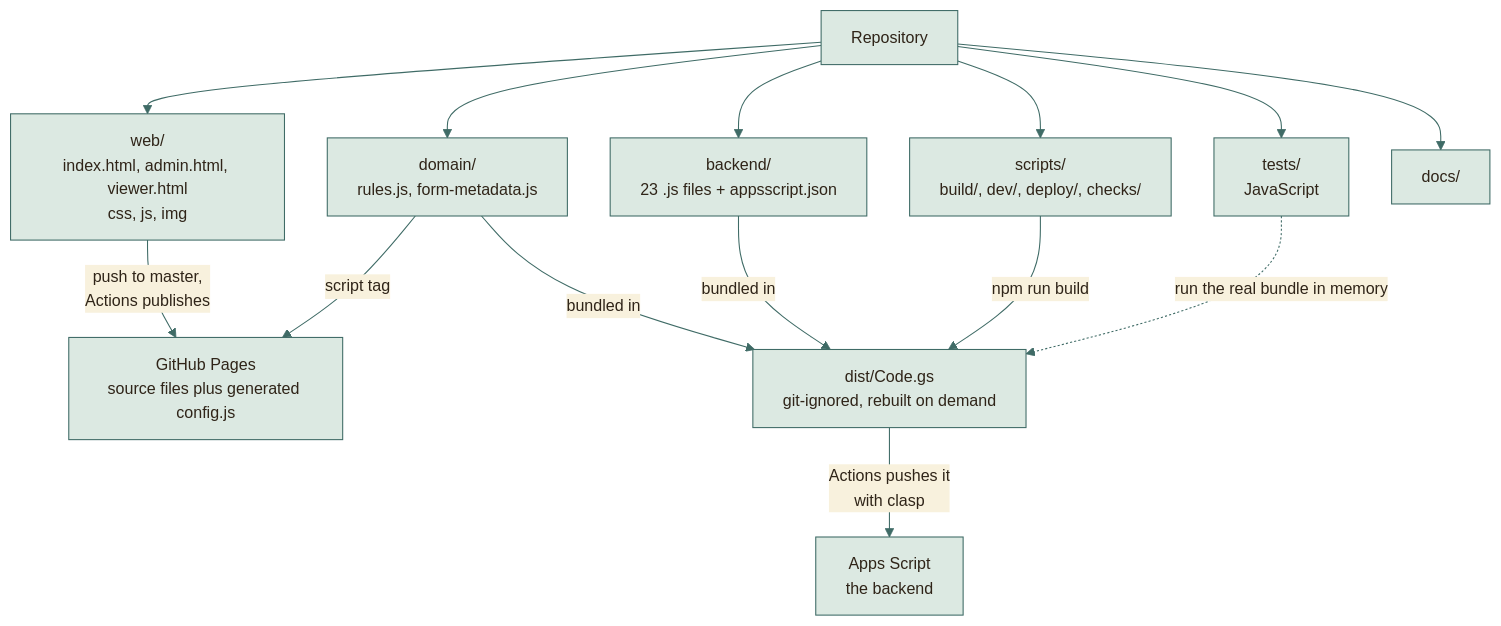
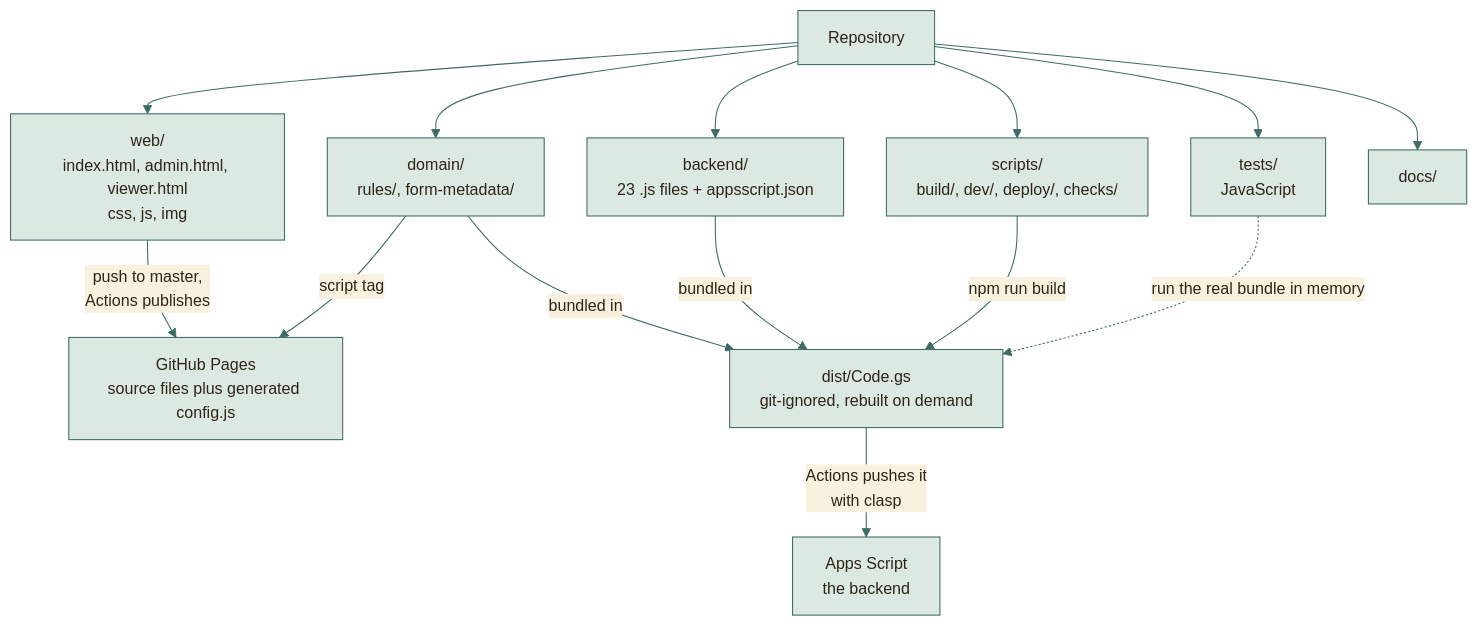
The first of 3 diagrams in docs/architecture/FILE-STRUCTURE.md (moyeh04/forms-platform), drawn with Mermaid before and after one commit. The commit also changed other lines of this file and 6 other files, not shown here.

First line of the commit message:
docs: Name the rules and form metadata folders

````diff
--- a/docs/architecture/FILE-STRUCTURE.md
+++ b/docs/architecture/FILE-STRUCTURE.md
@@ -7,46 +7,46 @@
 ```mermaid
 %%{init: {
   'theme': 'base',
   'themeVariables': {
     'fontFamily': 'ui-sans-serif, system-ui, -apple-system, Segoe UI, Roboto, sans-serif',
     'fontSize': '15px',
     'primaryColor': '#DCE9E2', 'primaryBorderColor': '#3F6B66', 'primaryTextColor': '#2F2418',
     'secondaryColor': '#F0E4C8', 'secondaryBorderColor': '#C9A24A', 'secondaryTextColor': '#2F2418',
     'tertiaryColor': '#F6EFDC', 'tertiaryBorderColor': '#CDBB94', 'tertiaryTextColor': '#2F2418',
     'lineColor': '#3F6B66', 'textColor': '#2F2418', 'mainBkg': '#DCE9E2', 'nodeBorder': '#3F6B66',
     'clusterBkg': '#F6EFDC', 'clusterBorder': '#CDBB94', 'titleColor': '#2F2418',
     'edgeLabelBackground': '#F8F1DD',
     'actorBkg': '#DCE9E2', 'actorBorder': '#3F6B66', 'actorTextColor': '#2F2418', 'actorLineColor': '#8FB3AB',
     'signalColor': '#477A73', 'signalTextColor': '#477A73',
     'labelBoxBkgColor': '#F0E4C8', 'labelBoxBorderColor': '#C9A24A', 'labelTextColor': '#2F2418', 'loopTextColor': '#6A5A44',
     'noteBkgColor': '#FBEFC9', 'noteBorderColor': '#C9A24A', 'noteTextColor': '#2F2418',
     'activationBkgColor': '#DCE9E2', 'activationBorderColor': '#3F6B66', 'sequenceNumberColor': '#F8F1DD',
     'transitionColor': '#3F6B66', 'stateLabelColor': '#2F2418', 'stateBkg': '#DCE9E2', 'altBackground': '#F6EFDC',
     'attributeBackgroundColorOdd': '#F8F1DD', 'attributeBackgroundColorEven': '#F0E4C8'
   },
   'flowchart': {'curve': 'basis', 'padding': 14, 'nodeSpacing': 40, 'rankSpacing': 46},
   'sequence': {'mirrorActors': false, 'messageMargin': 34, 'boxMargin': 8}
 }}%%
 flowchart TD
     repo["Repository"]
     repo --> web["web/<br/>index.html, admin.html, viewer.html<br/>css, js, img"]
-    repo --> shared["domain/<br/>rules.js, form-metadata.js"]
+    repo --> shared["domain/<br/>rules/, form-metadata/"]
     repo --> be["backend/<br/>23 .js files + appsscript.json"]
     repo --> sc["scripts/<br/>build/, dev/, deploy/, checks/"]
     repo --> ts["tests/<br/>JavaScript"]
     repo --> dc["docs/"]
 
     web -- "push to master,<br/>Actions publishes" --> gh["GitHub Pages<br/>source files plus generated config.js"]
     shared -- "script tag" --> gh
     shared -- "bundled in" --> dist["dist/Code.gs<br/>git-ignored, rebuilt on demand"]
     be -- "bundled in" --> dist
     sc -- "npm run build" --> dist
     dist -- "Actions pushes it<br/>with clasp" --> gas["Apps Script<br/>the backend"]
     ts -. "run the real bundle in memory" .-> dist
     classDef cDb fill:#F3E2B3,stroke:#B8892D,stroke-width:1.5px,color:#2F2418
     classDef cActor fill:#F4D9D3,stroke:#9A3328,stroke-width:1.5px,color:#2F2418
     classDef cDec fill:#FBEFC9,stroke:#C9A24A,stroke-width:1.5px,color:#2F2418
     classDef cEnd fill:#2F2418,stroke:#2F2418,color:#F8F1DD
     classDef cErr fill:#F6D5CF,stroke:#A12B1F,stroke-width:1.5px,color:#5A140C
     classDef cOk fill:#BFD9CF,stroke:#2E5A55,stroke-width:1.5px,color:#17302D
 ```
````
